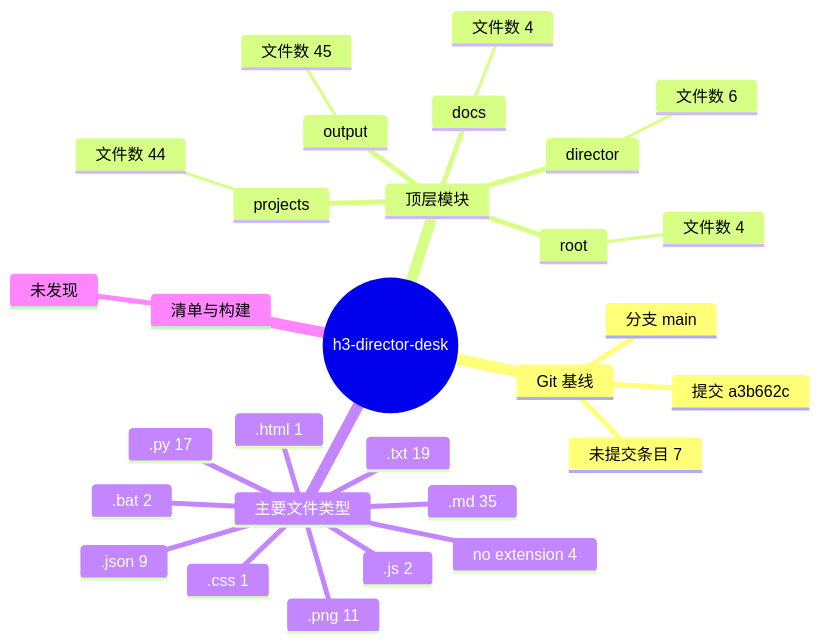
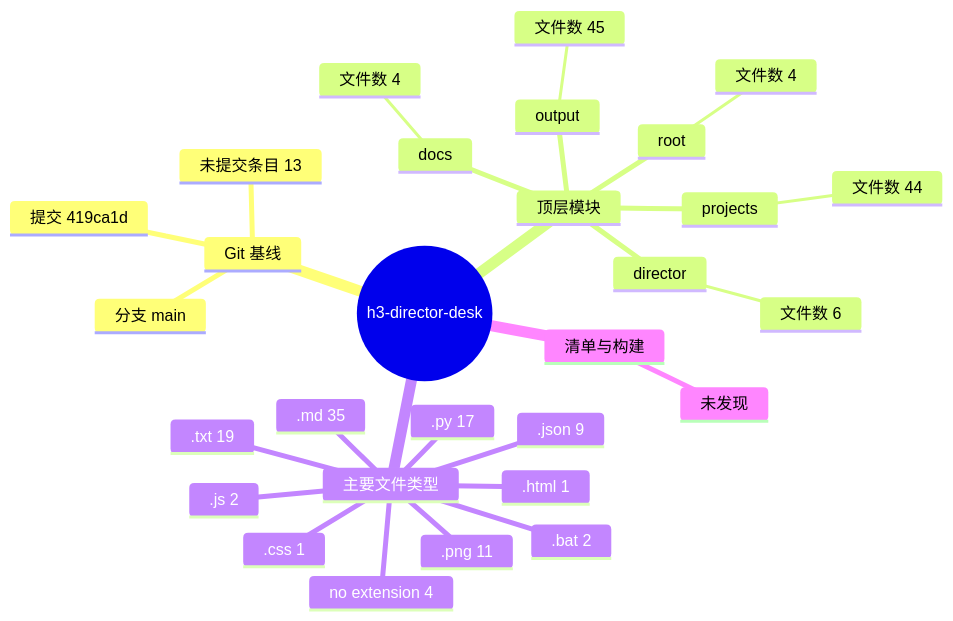
The diagram in docs/project-evolution/mindmaps/repository-structure.md (Exalex/h3-director-desk), drawn with Mermaid before and after one commit. The commit also changed 12 other files, not shown here.

````diff
--- a/docs/project-evolution/mindmaps/repository-structure.md
+++ b/docs/project-evolution/mindmaps/repository-structure.md
@@ -5,32 +5,32 @@
 ```mermaid
 mindmap
   root((h3-director-desk))
     Git 基线
       分支 main
-      提交 a3b662c
-      未提交条目 7
+      提交 419ca1d
+      未提交条目 13
     顶层模块
       output
         文件数 45
       projects
         文件数 44
       director
         文件数 6
       root
         文件数 4
       docs
         文件数 4
     主要文件类型
       .md 35
       .txt 19
       .py 17
       .png 11
       .json 9
       no extension 4
       .bat 2
       .js 2
       .html 1
       .css 1
     清单与构建
       未发现
 ```
````
